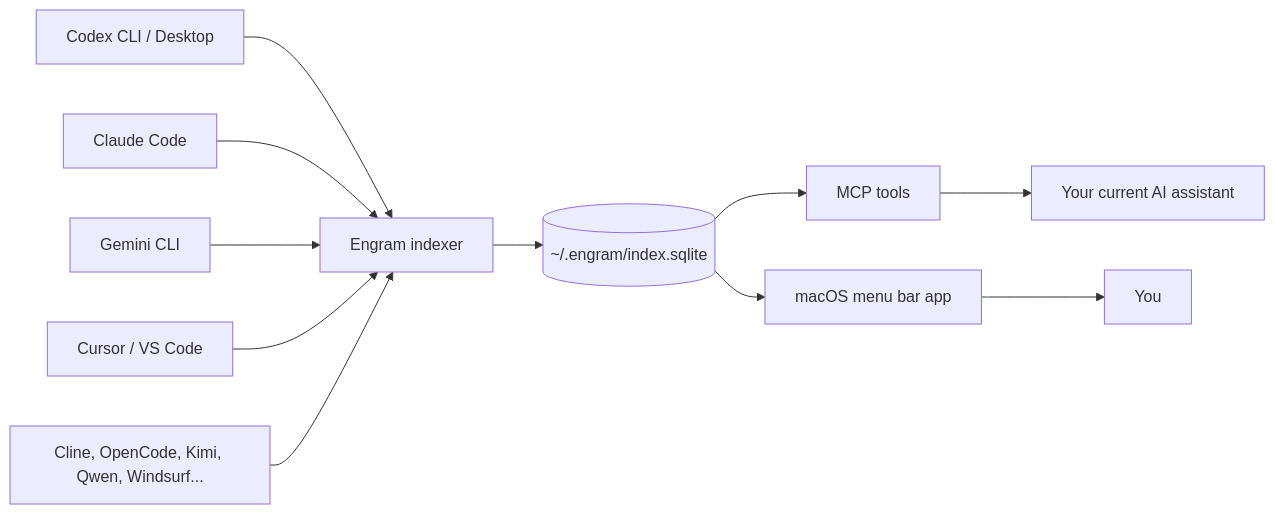
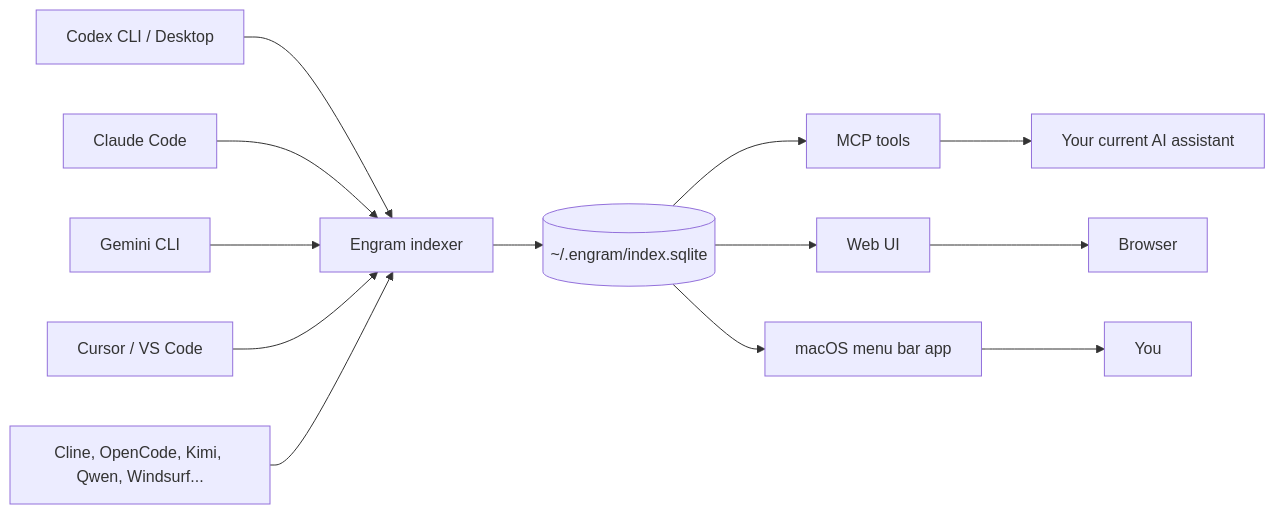
The first of 2 diagrams in README.md (bbingz/engram), drawn with Mermaid before and after one commit. The commit also changed other lines of this file and 2 other files, not shown here.

Commit message:
docs: document web and pi support

````diff
--- a/README.md
+++ b/README.md
@@ -21,21 +22,23 @@
 ```mermaid
 flowchart LR
   codex["Codex CLI / Desktop"]
   claude["Claude Code"]
   gemini["Gemini CLI"]
   cursor["Cursor / VS Code"]
   more["Cline, OpenCode, Kimi, Qwen, Windsurf..."]
 
   codex --> indexer["Engram indexer"]
   claude --> indexer
   gemini --> indexer
   cursor --> indexer
   more --> indexer
 
   indexer --> sqlite[("~/.engram/index.sqlite")]
   sqlite --> mcp["MCP tools"]
+  sqlite --> web["Web UI"]
   sqlite --> app["macOS menu bar app"]
 
   mcp --> agents["Your current AI assistant"]
+  web --> browser["Browser"]
   app --> you["You"]
 ```
````
